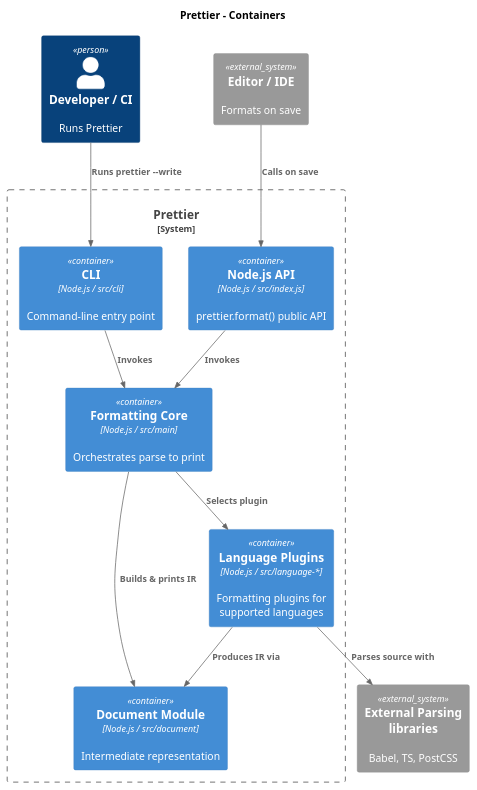
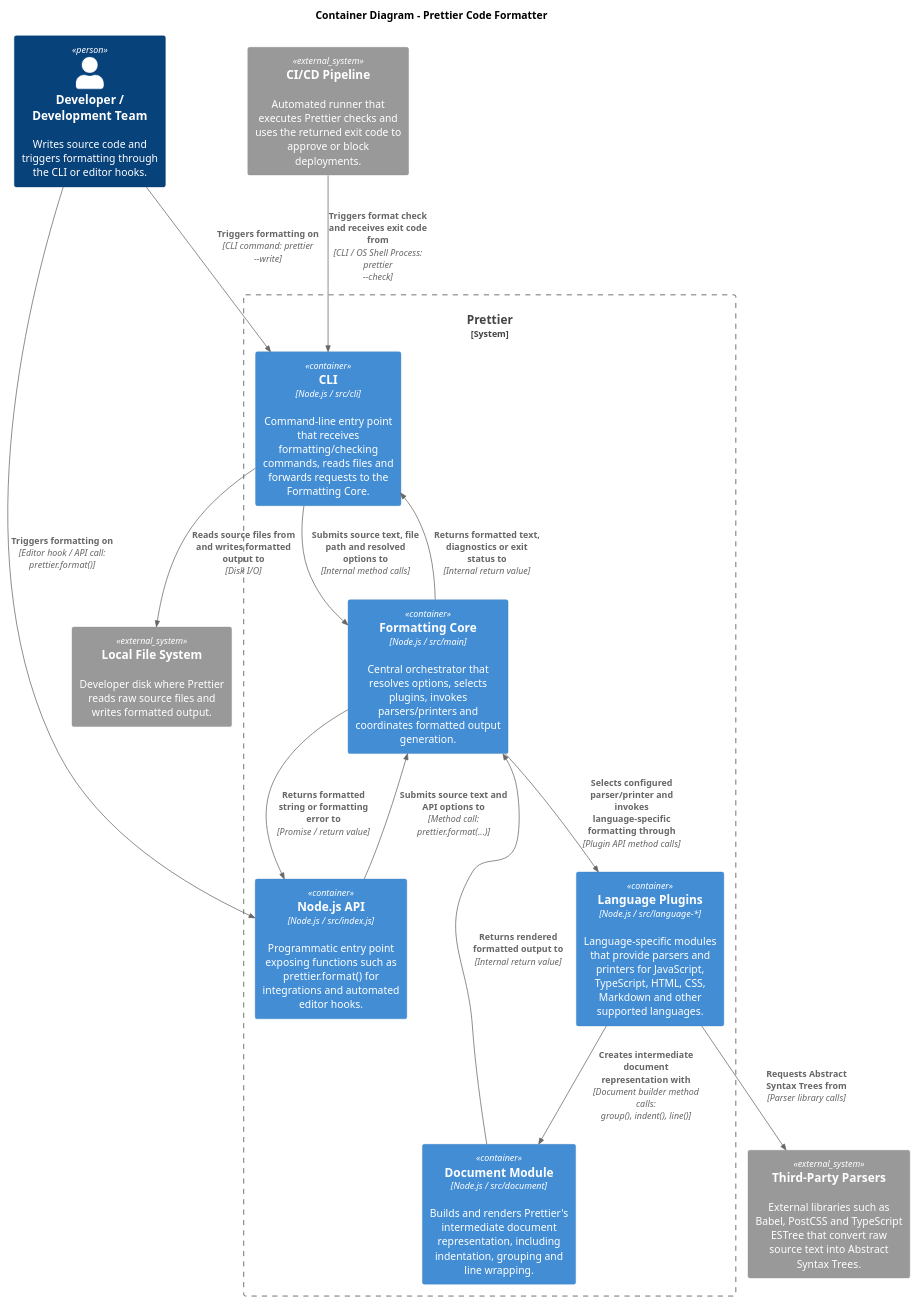
One commit to Software-Design-Architecture-Group-8/project changed the diagram in c4-container.puml. Above: the diagram before and after it, drawn with PlantUML. The commit also changed 11 other files, not shown here.

```diff
--- a/c4-container.puml
+++ b/c4-container.puml
@@ -1,27 +1,48 @@
 @startuml prettier-container
 !include https://raw.githubusercontent.com/plantuml-stdlib/C4-PlantUML/master/C4_Container.puml
 
-title Prettier - Containers
+title Container Diagram - Prettier Code Formatter
 
-Person(dev, "Developer / CI", "Runs Prettier")
-System_Ext(editor, "Editor / IDE", "Formats on save")
-System_Ext(parsers, "External Parsing libraries", "Babel, TS, PostCSS")
+Person(developer, "Developer / Development Team", "Writes source code and triggers formatting through the CLI or editor hooks.")
 
-System_Boundary(prettier, "Prettier") {
-    Container(cli, "CLI", "Node.js / src/cli", "Command-line entry point")
-    Container(api, "Node.js API", "Node.js / src/index.js", "prettier.format() public API")
-    Container(core, "Formatting Core", "Node.js / src/main", "Orchestrates parse to print")
-    Container(plugins, "Language Plugins", "Node.js / src/language-*", "Formatting plugins for supported languages")
-    Container(document, "Document Module", "Node.js / src/document", "Intermediate representation")
+System_Ext(cicd_pipeline, "CI/CD Pipeline", "Automated runner that executes Prettier checks and uses the returned exit code to approve or block deployments.")
+
+System_Ext(external_parsers, "Third-Party Parsers", "External libraries such as Babel, PostCSS and TypeScript ESTree that convert raw source text into Abstract Syntax Trees.")
+
+System_Ext(local_files, "Local File System", "Developer disk where Prettier reads raw source files and writes formatted output.")
+
+System_Boundary(prettier_system, "Prettier") {
+
+    Container(cli, "CLI", "Node.js / src/cli", "Command-line entry point that receives formatting/checking commands, reads files and forwards requests to the Formatting Core.")
+
+    Container(api, "Node.js API", "Node.js / src/index.js", "Programmatic entry point exposing functions such as prettier.format() for integrations and automated editor hooks.")
+
+    Container(core, "Formatting Core", "Node.js / src/main", "Central orchestrator that resolves options, selects plugins, invokes parsers/printers and coordinates formatted output generation.")
+
+    Container(plugins, "Language Plugins", "Node.js / src/language-*", "Language-specific modules that provide parsers and printers for JavaScript, TypeScript, HTML, CSS, Markdown and other supported languages.")
+
+    Container(document, "Document Module", "Node.js / src/document", "Builds and renders Prettier's intermediate document representation, including indentation, grouping and line wrapping.")
 }
 
-Rel(dev, cli, "Runs prettier --write")
-Rel(editor, api, "Calls on save")
-Rel(cli, core, "Invokes")
-Rel(api, core, "Invokes")
-Rel(core, plugins, "Selects plugin")
-Rel(core, document, "Builds & prints IR")
-Rel(plugins, document, "Produces IR via")
-Rel(plugins, parsers, "Parses source with")
+Rel(developer, cli, "Triggers formatting on", "CLI command: prettier --write")
+Rel(developer, api, "Triggers formatting on", "Editor hook / API call: prettier.format()")
+
+Rel(cicd_pipeline, cli, "Triggers format check and receives exit code from", "CLI / OS Shell Process: prettier --check")
+
+Rel(cli, local_files, "Reads source files from and writes formatted output to", "Disk I/O")
+Rel(cli, core, "Submits source text, file path and resolved options to", "Internal method calls")
+
+Rel(api, core, "Submits source text and API options to", "Method call: prettier.format(...)")
+
+Rel(core, plugins, "Selects configured parser/printer and invokes language-specific formatting through", "Plugin API method calls")
+
+Rel(plugins, external_parsers, "Requests Abstract Syntax Trees from", "Parser library calls")
+
+Rel(plugins, document, "Creates intermediate document representation with", "Document builder method calls: group(), indent(), line()")
+
+Rel(document, core, "Returns rendered formatted output to", "Internal return value")
+
+Rel(core, cli, "Returns formatted text, diagnostics or exit status to", "Internal return value")
+Rel(core, api, "Returns formatted string or formatting error to", "Promise / return value")
 
 @enduml
```
